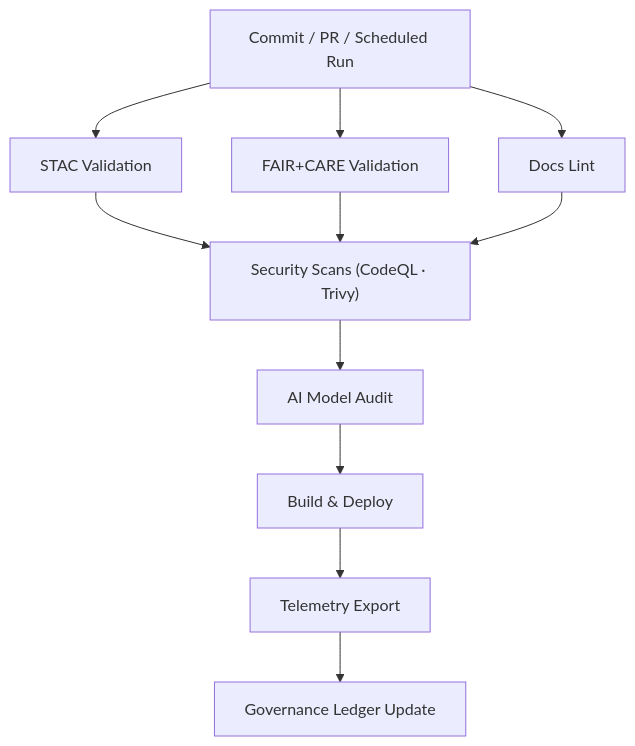
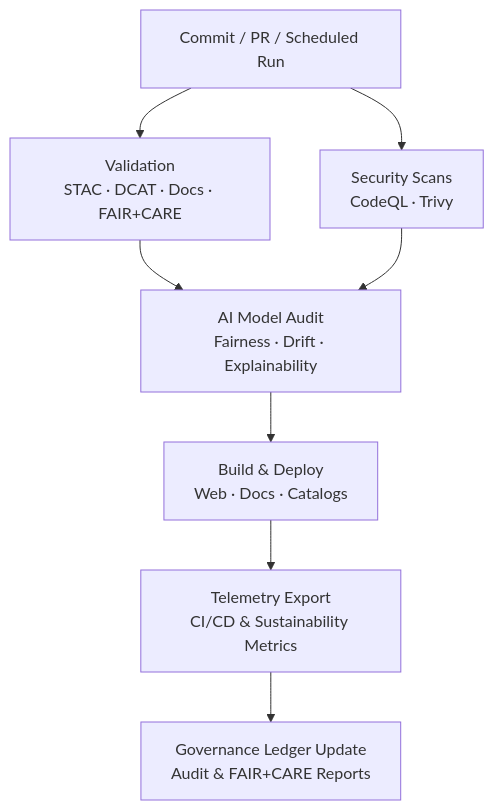
Before and after one commit to bartytime4life/Kansas-Frontier-Matrix: the diagram in .github/workflows/README.md, drawn with Mermaid. The commit also changed other lines of this file, not shown here.

````diff
--- a/.github/workflows/README.md
+++ b/.github/workflows/README.md
@@ -158,15 +180,10 @@
 ```mermaid
 flowchart TD
-  A["Commit / PR / Scheduled Run"] --> B["STAC Validation"]
-  A --> C["FAIR+CARE Validation"]
-  A --> D["Docs Lint"]
-
-  B --> E["Security Scans (CodeQL · Trivy)"]
-  C --> E
-  D --> E
-
-  E --> F["AI Model Audit"]
-  F --> G["Build & Deploy"]
-  G --> H["Telemetry Export"]
-  H --> I["Governance Ledger Update"]
+  A["Commit / PR / Scheduled Run"] --> B["Validation<br/>STAC · DCAT · Docs · FAIR+CARE"]
+  A --> C["Security Scans<br/>CodeQL · Trivy"]
+  B --> D["AI Model Audit<br/>Fairness · Drift · Explainability"]
+  C --> D
+  D --> E["Build & Deploy<br/>Web · Docs · Catalogs"]
+  E --> F["Telemetry Export<br/>CI/CD & Sustainability Metrics"]
+  F --> G["Governance Ledger Update<br/>Audit & FAIR+CARE Reports"]
 ```
````
